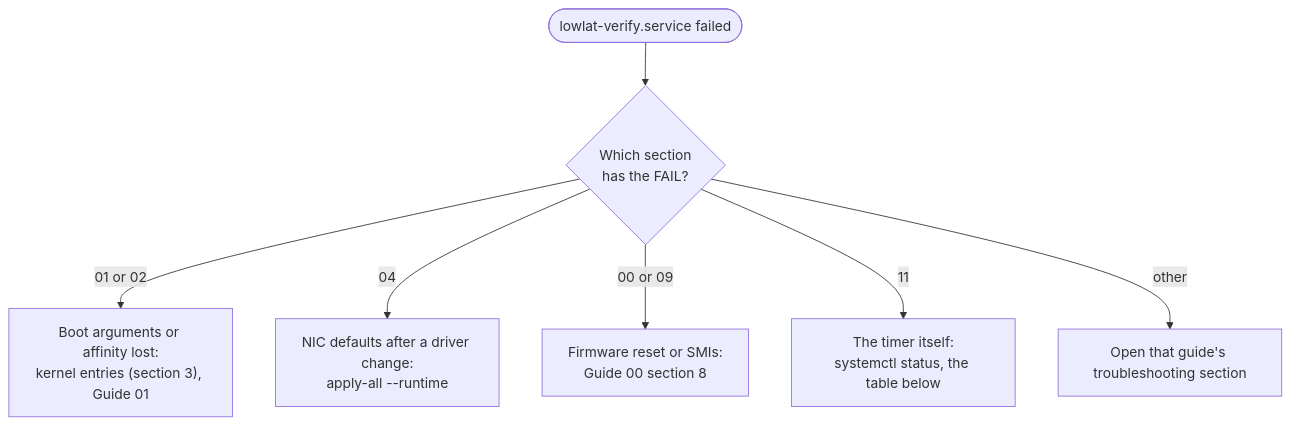
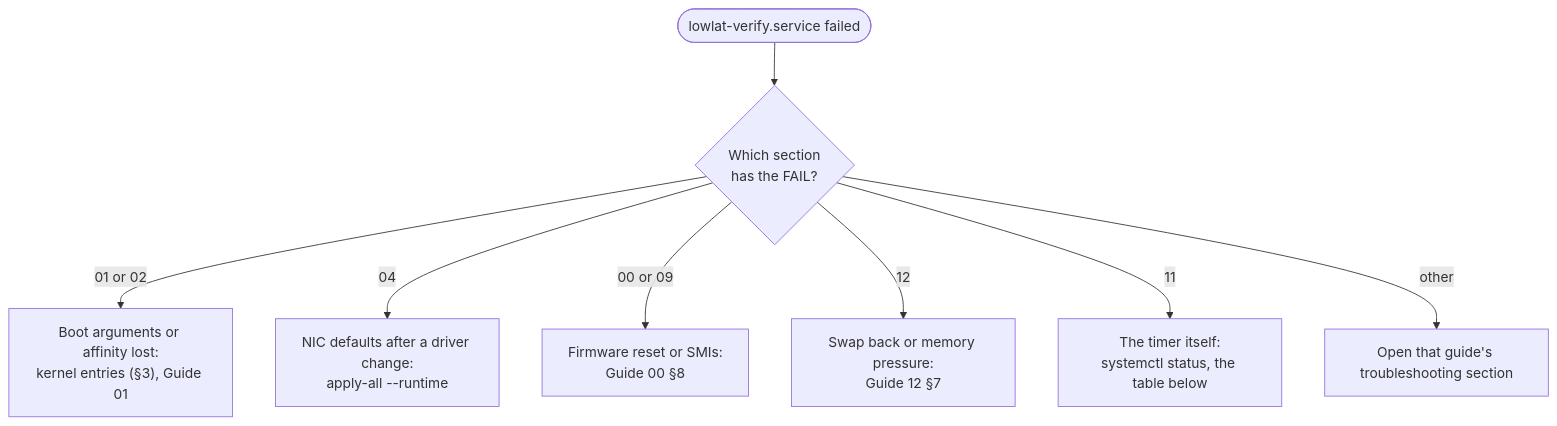
The second of 2 diagrams in guides/11-day2-operations.md (vitor-tadashi/mechanical-sympathy), drawn with Mermaid before and after one commit. The commit also changed other lines of this file and 61 other files, not shown here.

````diff
--- a/guides/11-day2-operations.md
+++ b/guides/11-day2-operations.md
@@ -211,9 +212,10 @@
 ```mermaid
 flowchart TD
   s(["lowlat-verify.service failed"]) --> sec{"Which section<br/>has the FAIL?"}
-  sec -- "01 or 02" --> f1["Boot arguments or affinity lost:<br/>kernel entries (section 3), Guide 01"]
+  sec -- "01 or 02" --> f1["Boot arguments or affinity lost:<br/>kernel entries (§3), Guide 01"]
   sec -- "04" --> f2["NIC defaults after a driver change:<br/>apply-all --runtime"]
-  sec -- "00 or 09" --> f3["Firmware reset or SMIs:<br/>Guide 00 section 8"]
+  sec -- "00 or 09" --> f3["Firmware reset or SMIs:<br/>Guide 00 §8"]
+  sec -- "12" --> f6["Swap back or memory pressure:<br/>Guide 12 §7"]
   sec -- "11" --> f4["The timer itself:<br/>systemctl status, the table below"]
   sec -- "other" --> f5["Open that guide's troubleshooting section"]
 ```
````
